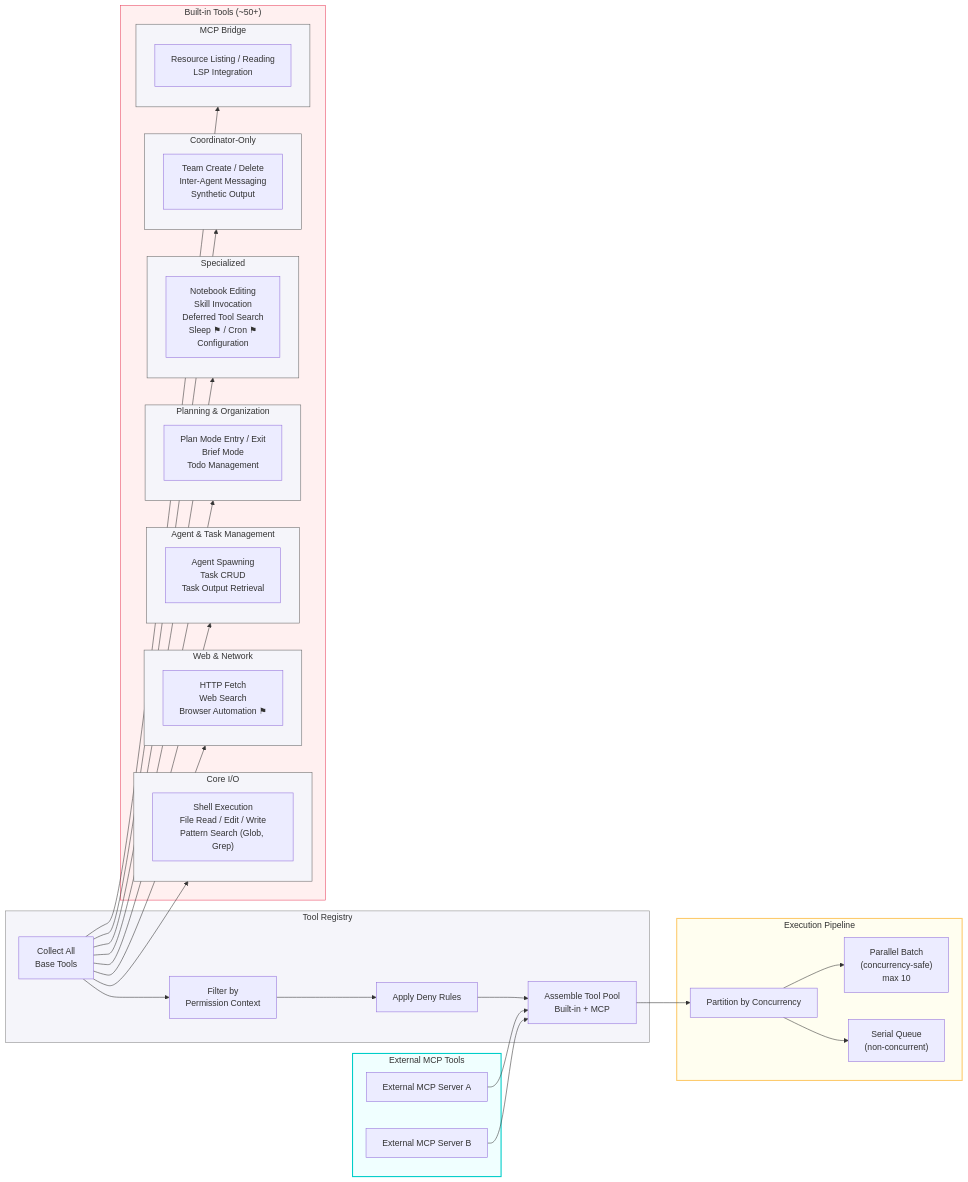
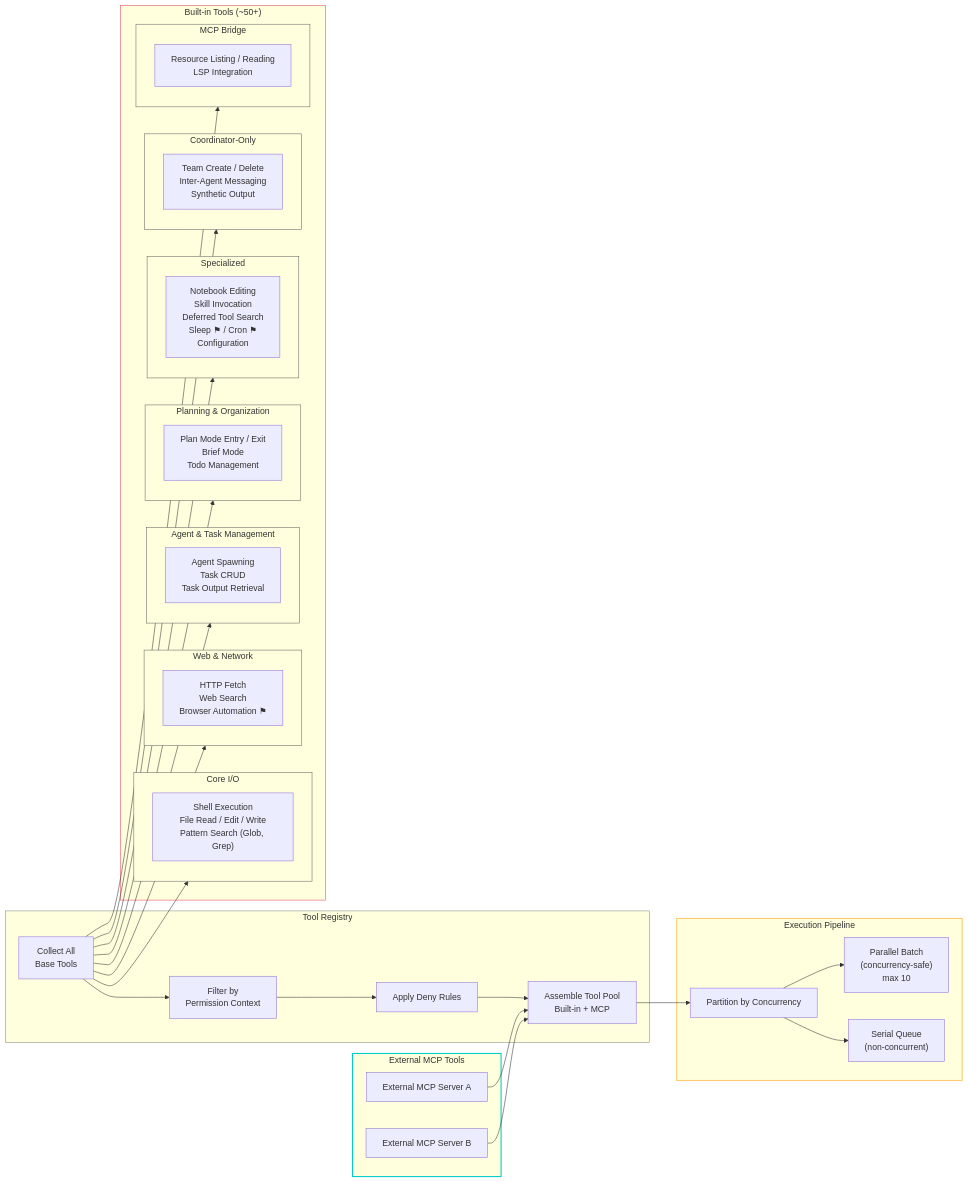
One commit to PavelValentov/multi-agent-architecture changed the fifth of 14 diagrams in DIAGRAMS.md. Above: the diagram before and after it, drawn with Mermaid. The commit also changed other lines of this file, not shown here.

````diff
--- a/DIAGRAMS.md
+++ b/DIAGRAMS.md
@@ -455,79 +455,79 @@
 ```mermaid
 graph LR
     subgraph Registry["Tool Registry"]
         GET_ALL["Collect All<br/>Base Tools"]
         GET_TOOLS["Filter by<br/>Permission Context"]
         ASSEMBLE["Assemble Tool Pool<br/>Built-in + MCP"]
         FILTER["Apply Deny Rules"]
     end
 
     subgraph BuiltInTools["Built-in Tools (~50+)"]
         subgraph IO["Core I/O"]
             IO_TOOLS["Shell Execution<br/>File Read / Edit / Write<br/>Pattern Search (Glob, Grep)"]
         end
 
         subgraph Web["Web & Network"]
             WEB_TOOLS["HTTP Fetch<br/>Web Search<br/>Browser Automation ⚑"]
         end
 
         subgraph Agent["Agent & Task Management"]
             AGENT_TOOLS["Agent Spawning<br/>Task CRUD<br/>Task Output Retrieval"]
         end
 
         subgraph Planning["Planning & Organization"]
             PLAN_TOOLS["Plan Mode Entry / Exit<br/>Brief Mode<br/>Todo Management"]
         end
 
         subgraph Specialized["Specialized"]
             SPEC_TOOLS["Notebook Editing<br/>Skill Invocation<br/>Deferred Tool Search<br/>Sleep ⚑ / Cron ⚑<br/>Configuration"]
         end
 
         subgraph CoordTools["Coordinator-Only"]
             COORD_TOOLS["Team Create / Delete<br/>Inter-Agent Messaging<br/>Synthetic Output"]
         end
 
         subgraph MCPBridge["MCP Bridge"]
             MCP_BRIDGE_TOOLS["Resource Listing / Reading<br/>LSP Integration"]
         end
     end
 
     subgraph External["External MCP Tools"]
         MCP_SERVER["External MCP Server A"]
         MCP_SERVER2["External MCP Server B"]
     end
 
     GET_ALL --> IO
     GET_ALL --> Web
     GET_ALL --> Agent
     GET_ALL --> Planning
     GET_ALL --> Specialized
     GET_ALL --> CoordTools
     GET_ALL --> MCPBridge
     GET_ALL --> GET_TOOLS
     GET_TOOLS --> FILTER
     FILTER --> ASSEMBLE
     MCP_SERVER --> ASSEMBLE
     MCP_SERVER2 --> ASSEMBLE
 
     subgraph Execution["Execution Pipeline"]
         PARTITION["Partition by Concurrency"]
         PAR["Parallel Batch<br/>(concurrency-safe)<br/>max 10"]
         SER["Serial Queue<br/>(non-concurrent)"]
     end
 
     ASSEMBLE --> PARTITION
     PARTITION --> PAR
     PARTITION --> SER
 
-    style Registry fill:#f5f5fa,stroke:#888,stroke-width:1px,color:#333
-    style BuiltInTools fill:#fff0f0,stroke:#e94560,stroke-width:1px,color:#333
-    style IO fill:#f5f5fa,stroke:#666,stroke-width:1px,color:#333
-    style Web fill:#f5f5fa,stroke:#666,stroke-width:1px,color:#333
-    style Agent fill:#f5f5fa,stroke:#666,stroke-width:1px,color:#333
-    style Planning fill:#f5f5fa,stroke:#666,stroke-width:1px,color:#333
-    style Specialized fill:#f5f5fa,stroke:#666,stroke-width:1px,color:#333
-    style CoordTools fill:#f5f5fa,stroke:#666,stroke-width:1px,color:#333
-    style MCPBridge fill:#f5f5fa,stroke:#666,stroke-width:1px,color:#333
-    style External fill:#f0ffff,stroke:#00cec9,stroke-width:2px,color:#333
-    style Execution fill:#fffef0,stroke:#fdcb6e,stroke-width:2px,color:#333
+    style Registry stroke:#888,stroke-width:1px
+    style BuiltInTools stroke:#e94560,stroke-width:1px
+    style IO stroke:#666,stroke-width:1px
+    style Web stroke:#666,stroke-width:1px
+    style Agent stroke:#666,stroke-width:1px
+    style Planning stroke:#666,stroke-width:1px
+    style Specialized stroke:#666,stroke-width:1px
+    style CoordTools stroke:#666,stroke-width:1px
+    style MCPBridge stroke:#666,stroke-width:1px
+    style External stroke:#00cec9,stroke-width:2px
+    style Execution stroke:#fdcb6e,stroke-width:2px
 ```
````
